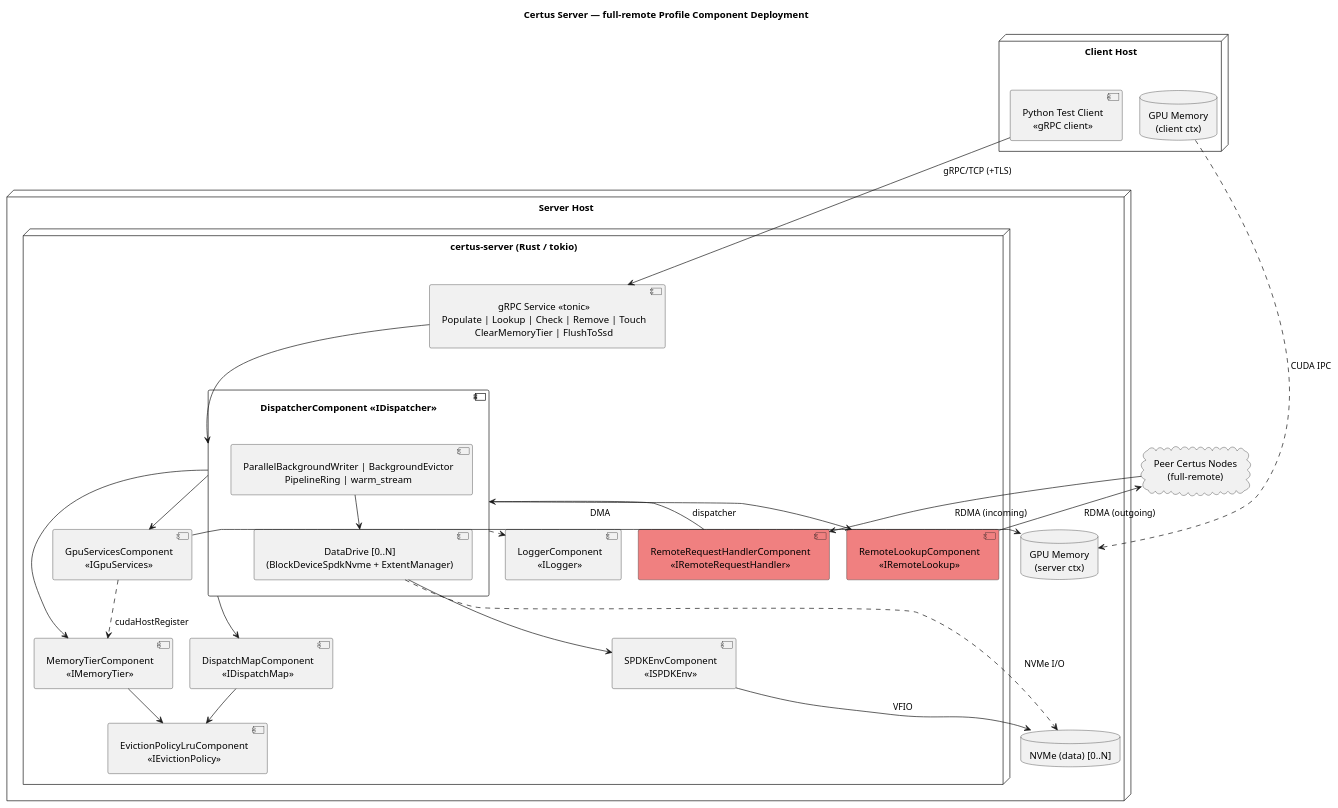
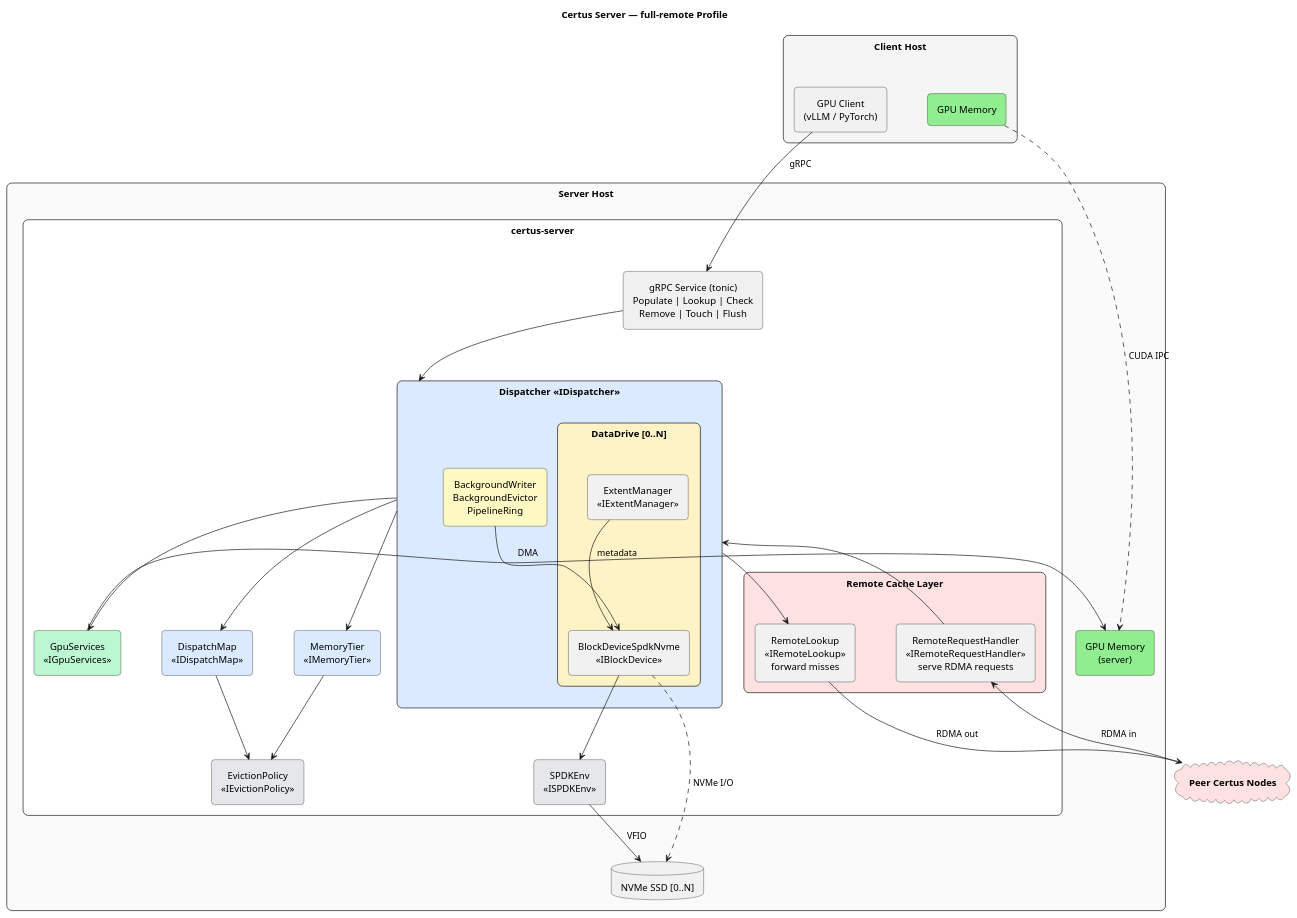
Before and after one commit to AI-native-Systems-Research/ai-native-storage-certus: the diagram in design/profiles/full-remote/certus-server-deployment.puml, drawn with PlantUML. The commit also changed 1 other file, not shown here.

Commit message:
fix: improve deployment diagram layout and show DataDrive internals
Switch to rounded-rectangle style (no UML cubes), color-coded by
function. Show BlockDeviceSpdkNvme and ExtentManager embedded inside
DataDrive within the Dispatcher. Increased spacing to reduce arrow
overlap.

```diff
--- a/design/profiles/full-remote/certus-server-deployment.puml
+++ b/design/profiles/full-remote/certus-server-deployment.puml
@@ -1,91 +1,90 @@
 @startuml
 skinparam defaultTextAlignment center
-skinparam padding 3
-skinparam nodesep 25
-skinparam ranksep 25
+skinparam padding 4
+skinparam nodesep 60
+skinparam ranksep 50
+skinparam rectangle {
+    RoundCorner 15
+}
+skinparam agent {
+    RoundCorner 10
+}
+hide stereotype
 
-title Certus Server — full-remote Profile Component Deployment
+title Certus Server — full-remote Profile
 
 ' ============================================================
 ' CLIENT
 ' ============================================================
-node "Client Host" {
-    component "Python Test Client\n<<gRPC client>>" as pyclient
-    database "GPU Memory\n(client ctx)" as client_gpu
-    pyclient -right[hidden]- client_gpu
+rectangle "**Client Host**" as client_box #F5F5F5 {
+    agent "GPU Client\n(vLLM / PyTorch)" as pyclient
+    agent "GPU Memory" as client_gpu #LightGreen
 }
 
 ' ============================================================
 ' SERVER
 ' ============================================================
-node "Server Host" {
+rectangle "**Server Host**" as server_box #FAFAFA {
 
-    node "certus-server (Rust / tokio)" {
+    rectangle "certus-server" as server_proc #White {
 
-        component "gRPC Service <<tonic>>\nPopulate | Lookup | Check | Remove | Touch\nClearMemoryTier | FlushToSsd" as grpc
+        agent "gRPC Service (tonic)\nPopulate | Lookup | Check\nRemove | Touch | Flush" as grpc #F0F0F0
 
-        component "DispatcherComponent <<IDispatcher>>" as dispatcher {
-            component "ParallelBackgroundWriter | BackgroundEvictor\nPipelineRing | warm_stream" as disp_bg
-            component "DataDrive [0..N]\n(BlockDeviceSpdkNvme + ExtentManager)" as data_drive
+        rectangle "**Dispatcher** <<IDispatcher>>" as dispatcher #DBEAFE {
+            rectangle "DataDrive [0..N]" as data_drive #FEF3C7 {
+                agent "BlockDeviceSpdkNvme\n<<IBlockDevice>>" as blkdev
+                agent "ExtentManager\n<<IExtentManager>>" as extmgr
+            }
+            agent "BackgroundWriter\nBackgroundEvictor\nPipelineRing" as disp_bg #FEF9C3
         }
 
-        component "DispatchMapComponent\n<<IDispatchMap>>" as dispatch_map
-        component "MemoryTierComponent\n<<IMemoryTier>>" as memory_tier
-        component "EvictionPolicyLruComponent\n<<IEvictionPolicy>>" as eviction
-        component "GpuServicesComponent\n<<IGpuServices>>" as gpu_svc
-        component "LoggerComponent\n<<ILogger>>" as logger
+        agent "DispatchMap\n<<IDispatchMap>>" as dispatch_map #DBEAFE
+        agent "MemoryTier\n<<IMemoryTier>>" as memory_tier #DBEAFE
+        agent "EvictionPolicy\n<<IEvictionPolicy>>" as eviction #E5E7EB
+        agent "GpuServices\n<<IGpuServices>>" as gpu_svc #BBF7D0
+        agent "SPDKEnv\n<<ISPDKEnv>>" as spdk_env #E5E7EB
 
-        component "SPDKEnvComponent\n<<ISPDKEnv>>" as spdk_env
-
-        component "RemoteLookupComponent\n<<IRemoteLookup>>" as remote_lookup #LightCoral
-        component "RemoteRequestHandlerComponent\n<<IRemoteRequestHandler>>" as remote_handler #LightCoral
+        rectangle "**Remote Cache Layer**" as remote_box #FEE2E2 {
+            agent "RemoteLookup\n<<IRemoteLookup>>\nforward misses" as remote_lookup
+            agent "RemoteRequestHandler\n<<IRemoteRequestHandler>>\nserve RDMA requests" as remote_handler
+        }
     }
 
-    database "GPU Memory\n(server ctx)" as server_gpu
-    database "NVMe (data) [0..N]" as nvme_data
+    agent "GPU Memory\n(server)" as server_gpu #LightGreen
+    database "NVMe SSD [0..N]" as nvme_data
 }
 
-cloud "Peer Certus Nodes\n(full-remote)" as peers
+cloud "**Peer Certus Nodes**" as peers #FEE2E2
 
 ' ============================================================
 ' CONNECTIONS
 ' ============================================================
 
-' Client -> Server
-pyclient -down-> grpc : "gRPC/TCP (+TLS)"
-client_gpu .down.> server_gpu : "CUDA IPC"
+pyclient -down-> grpc : gRPC
+client_gpu .down.> server_gpu : CUDA IPC
 
-' gRPC -> Dispatcher
 grpc -down-> dispatcher
 
-' Dispatcher bindings (receptacles)
 dispatcher -down-> dispatch_map
 dispatcher -down-> memory_tier
 dispatcher -down-> gpu_svc
-dispatcher -down-> remote_lookup
-dispatcher ..> logger
-data_drive -down-> spdk_env
+dispatcher -right-> remote_lookup
 
-' Dispatcher internal
-disp_bg -down-> data_drive
-
-' DispatchMap wiring
 dispatch_map -down-> eviction
-
-' MemoryTier wiring
 memory_tier -down-> eviction
 
-' Remote layer
-remote_handler -up-> dispatcher : "dispatcher"
-remote_lookup -down-> peers : "RDMA (outgoing)"
-peers -down-> remote_handler : "RDMA (incoming)"
+disp_bg --> blkdev
+blkdev -down-> spdk_env
+extmgr --> blkdev : metadata
 
-' GPU
-gpu_svc -right-> server_gpu : "DMA"
-gpu_svc .down.> memory_tier : "cudaHostRegister"
+remote_handler -up-> dispatcher
 
-' SPDK -> hardware
-spdk_env -down-> nvme_data : "VFIO"
-data_drive ..> nvme_data : "NVMe I/O"
+gpu_svc -right-> server_gpu : DMA
+
+spdk_env -down-> nvme_data : VFIO
+blkdev .down.> nvme_data : NVMe I/O
+
+remote_lookup -down-> peers : RDMA out
+peers -up-> remote_handler : RDMA in
 
 @enduml
```
